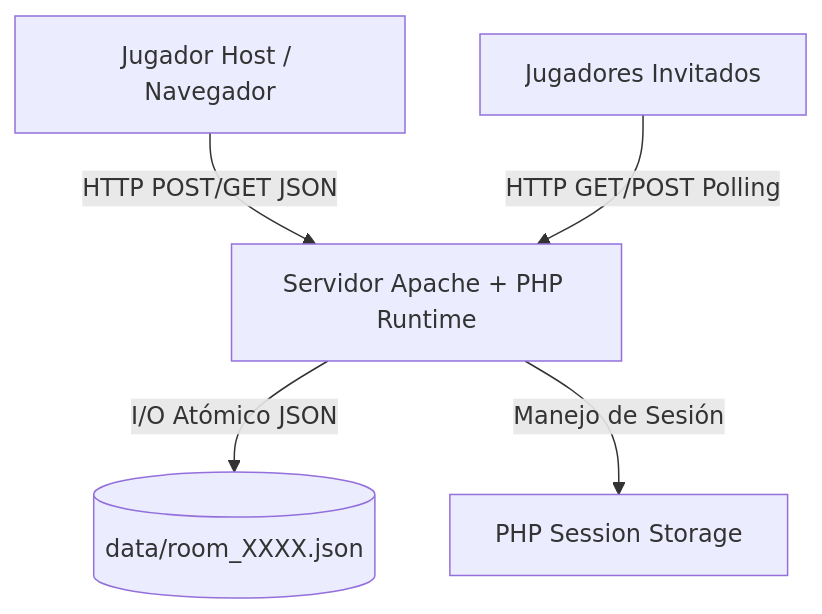
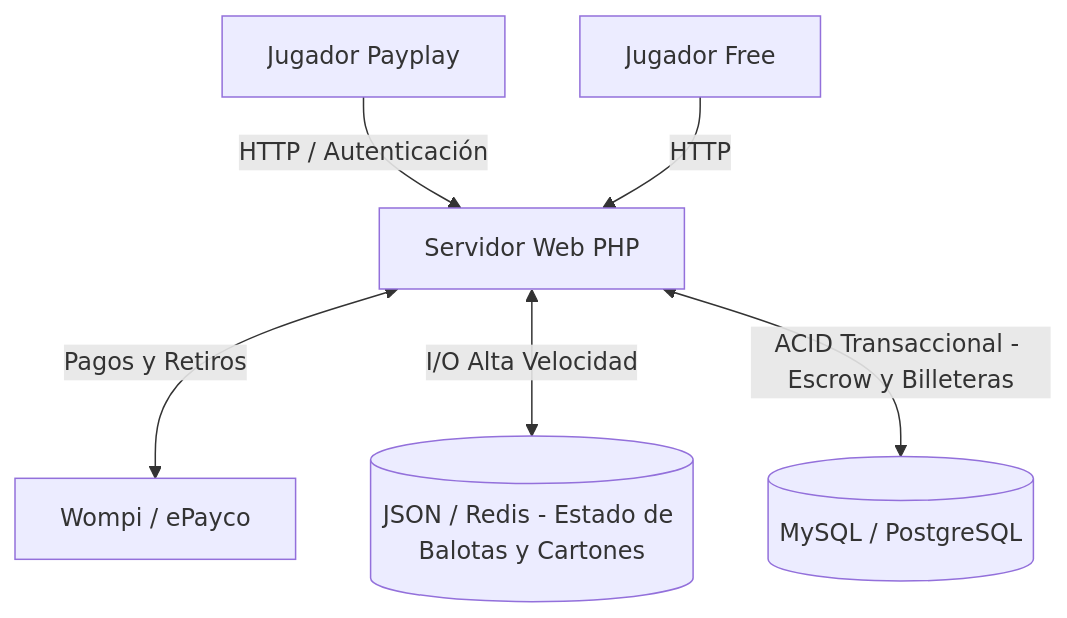
One commit to JuanDavidRevolloPerez/bingo_mod changed the diagram in SRS_BINGO_ONLINE.md. Above: the diagram before and after it, drawn with Mermaid. The commit also changed other lines of this file and 13 other files, not shown here.

````diff
--- a/SRS_BINGO_ONLINE.md
+++ b/SRS_BINGO_ONLINE.md
@@ -44,7 +40,8 @@
 ```mermaid
 graph TD
-    UserA[Jugador Host / Navegador] -->|HTTP POST/GET JSON| WebServer[Servidor Apache + PHP Runtime]
-    UserB[Jugadores Invitados] -->|HTTP GET/POST Polling| WebServer
-    WebServer -->|I/O Atómico JSON| Storage[(data/room_XXXX.json)]
-    WebServer -->|Manejo de Sesión| Sessions[PHP Session Storage]
+    UserA[Jugador Payplay] -->|HTTP / Autenticación| WebServer[Servidor Web PHP]
+    UserB[Jugador Free] -->|HTTP| WebServer
+    WebServer <-->|Pagos y Retiros| Gateway[Wompi / ePayco]
+    WebServer <-->|I/O Alta Velocidad| Cache[(JSON / Redis - Estado de Balotas y Cartones)]
+    WebServer <-->|ACID Transaccional - Escrow y Billeteras| RDBMS[(MySQL / PostgreSQL)]
 ```
````
